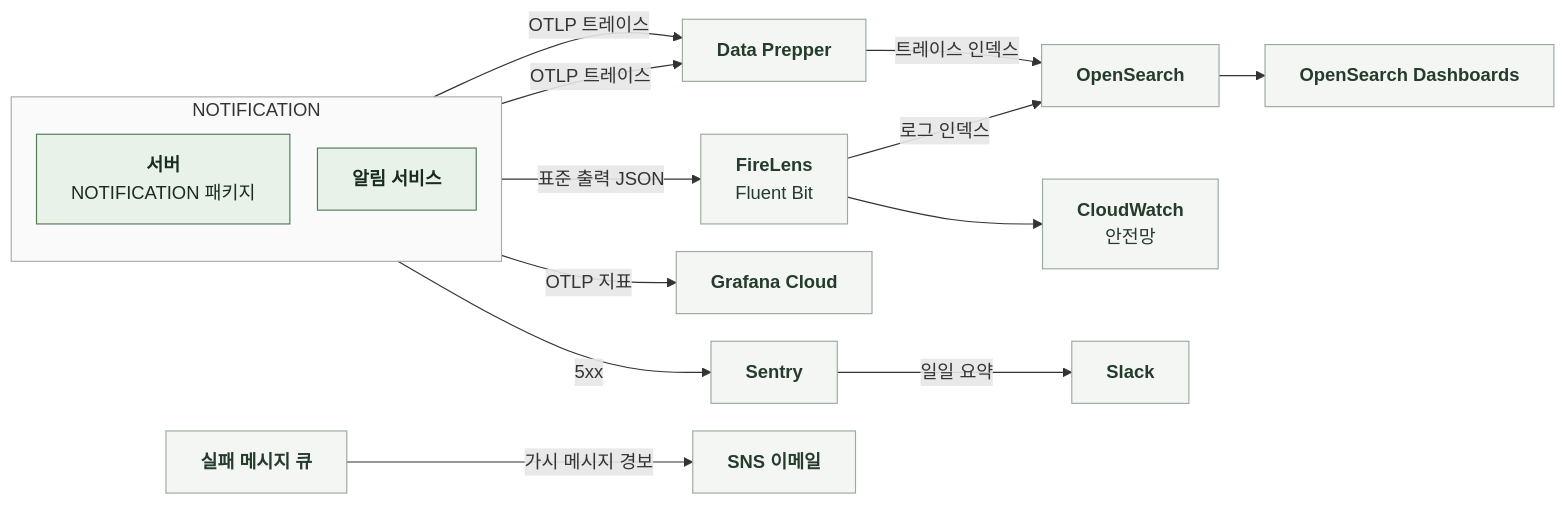
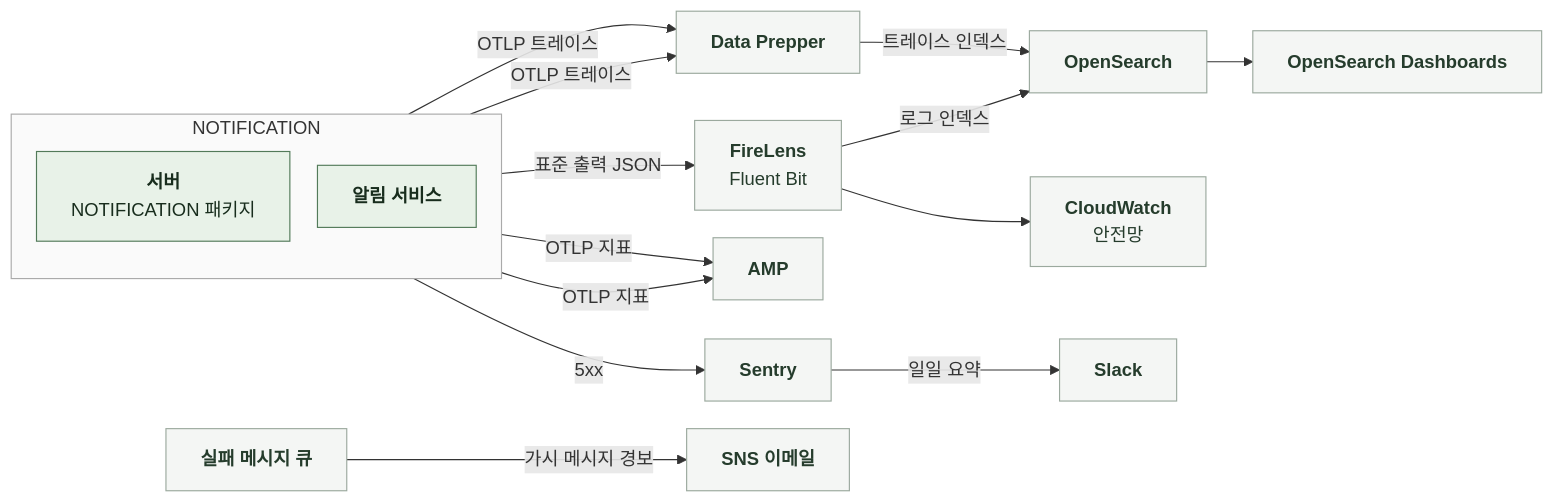
The diagram in docs/domain/NOTIFICATION/BACKEND/5-4-OBSERVABILITY.md (KIM-N-KANG/knk-harness), drawn with Mermaid before and after one commit. The commit also changed other lines of this file and 9 other files, not shown here.

````diff
--- a/docs/domain/NOTIFICATION/BACKEND/5-4-OBSERVABILITY.md
+++ b/docs/domain/NOTIFICATION/BACKEND/5-4-OBSERVABILITY.md
@@ -11,28 +11,29 @@
 ```mermaid
 %%{init: {"flowchart": {"curve": "basis", "nodeSpacing": 24, "rankSpacing": 40}}}%%
 flowchart LR
     subgraph U["NOTIFICATION"]
         direction TB
         S["`**서버**
 NOTIFICATION 패키지`"]
         N["`**알림 서비스**`"]
     end
     U -->|표준 출력 JSON| F["`**FireLens**
 Fluent Bit`"]
     F -->|로그 인덱스| OS["`**OpenSearch**`"]
     F --> CW["`**CloudWatch**
 안전망`"]
     S -->|OTLP 트레이스| DP["`**Data Prepper**`"]
     N -->|OTLP 트레이스| DP
     DP -->|트레이스 인덱스| OS
     OS --> OD["`**OpenSearch Dashboards**`"]
-    S -->|OTLP 지표| G["`**Grafana Cloud**`"]
+    S -->|OTLP 지표| AMP["`**AMP**`"]
+    N -->|OTLP 지표| AMP
     S -->|5xx| SE["`**Sentry**`"]
     SE -->|일일 요약| SL["`**Slack**`"]
     Q["`**실패 메시지 큐**`"] -->|가시 메시지 경보| SNS["`**SNS 이메일**`"]
     classDef comp fill:#E8F2E8,stroke:#527A59,color:#182D1D
     classDef ext fill:#F4F6F4,stroke:#9BA99E,color:#253C2C
     class S,N comp
-    class F,OS,CW,DP,OD,G,SE,SL,Q,SNS ext
+    class F,OS,CW,DP,OD,AMP,SE,SL,Q,SNS ext
     style U fill:#FAFAFA,stroke:#AAAAAA
 ```
````
